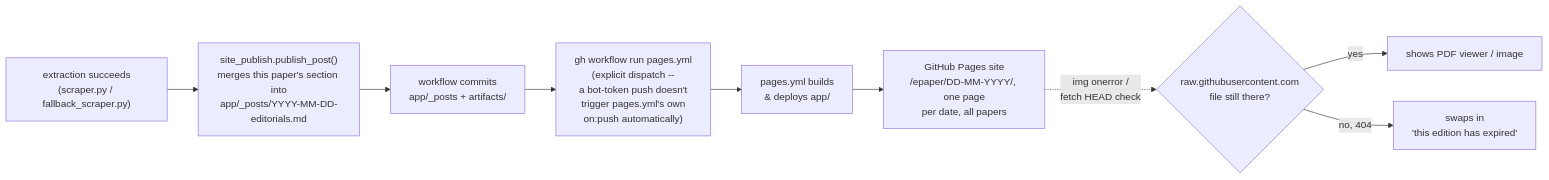
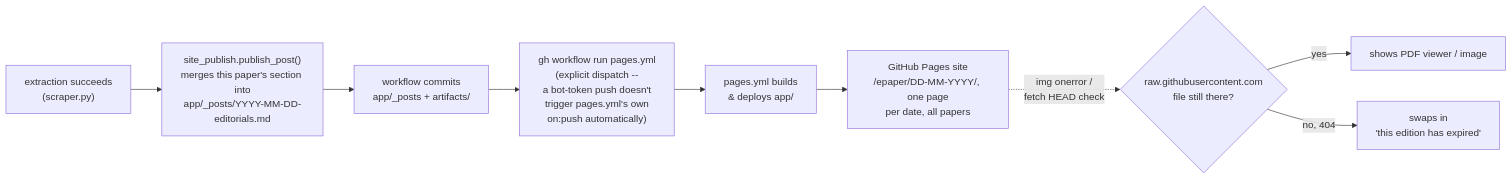
One commit to mantavyam/epaper-automation changed the third of 3 diagrams in README.md. Above: the diagram before and after it, drawn with Mermaid. The commit also changed other lines of this file and 8 other files, not shown here.

````diff
--- a/README.md
+++ b/README.md
@@ -80,12 +96,12 @@
 ```mermaid
 flowchart LR
-    extract["extraction succeeds\n(scraper.py / fallback_scraper.py)"] --> post["site_publish.publish_post()\nmerges this paper's section into\napp/_posts/YYYY-MM-DD-editorials.md"]
+    extract["extraction succeeds\n(scraper.py)"] --> post["site_publish.publish_post()\nmerges this paper's section into\napp/_posts/YYYY-MM-DD-editorials.md"]
     post --> commit["workflow commits\napp/_posts + artifacts/"]
     commit --> dispatch["gh workflow run pages.yml\n(explicit dispatch --\na bot-token push doesn't\ntrigger pages.yml's own\non:push automatically)"]
     dispatch --> pagesbuild["pages.yml builds\n& deploys app/"]
     pagesbuild --> site["GitHub Pages site\n/epaper/DD-MM-YYYY/, one page\nper date, all papers"]
 
     site -.->|"img onerror /\nfetch HEAD check"| rawcheck{"raw.githubusercontent.com\nfile still there?"}
     rawcheck -->|yes| show["shows PDF viewer / image"]
     rawcheck -->|no, 404| expired["swaps in\n'this edition has expired'"]
 ```
````
